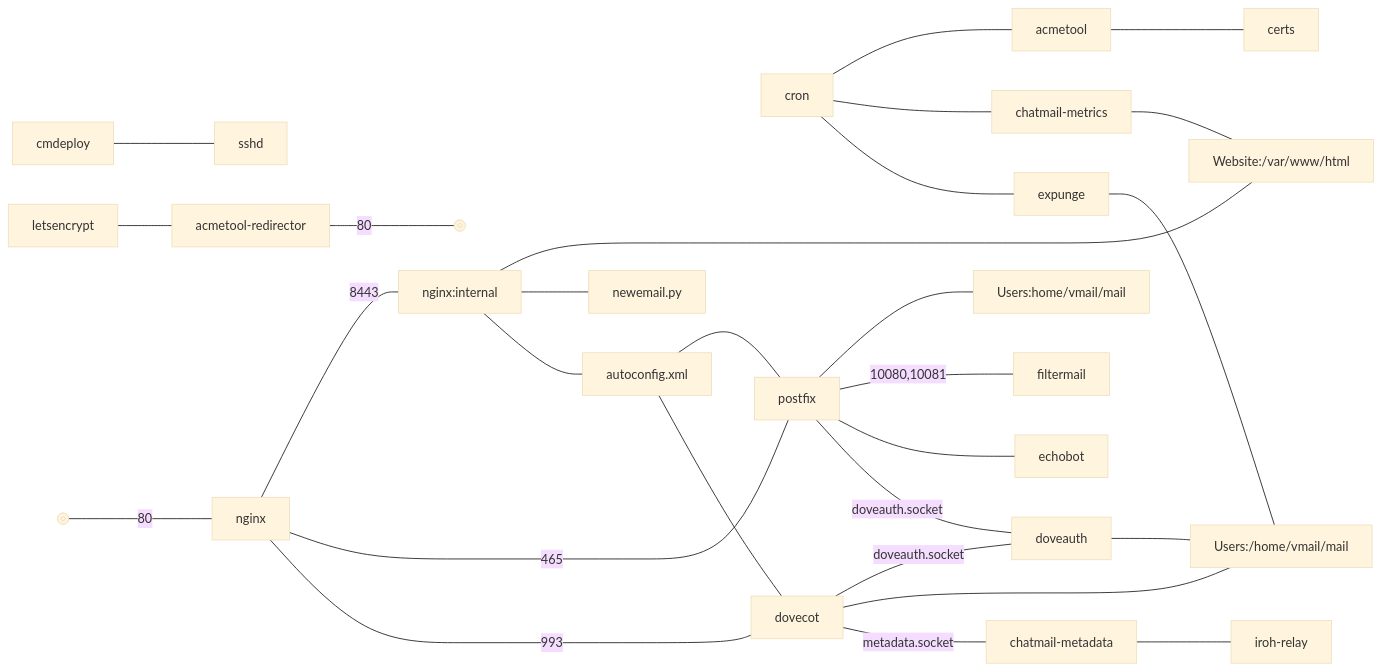
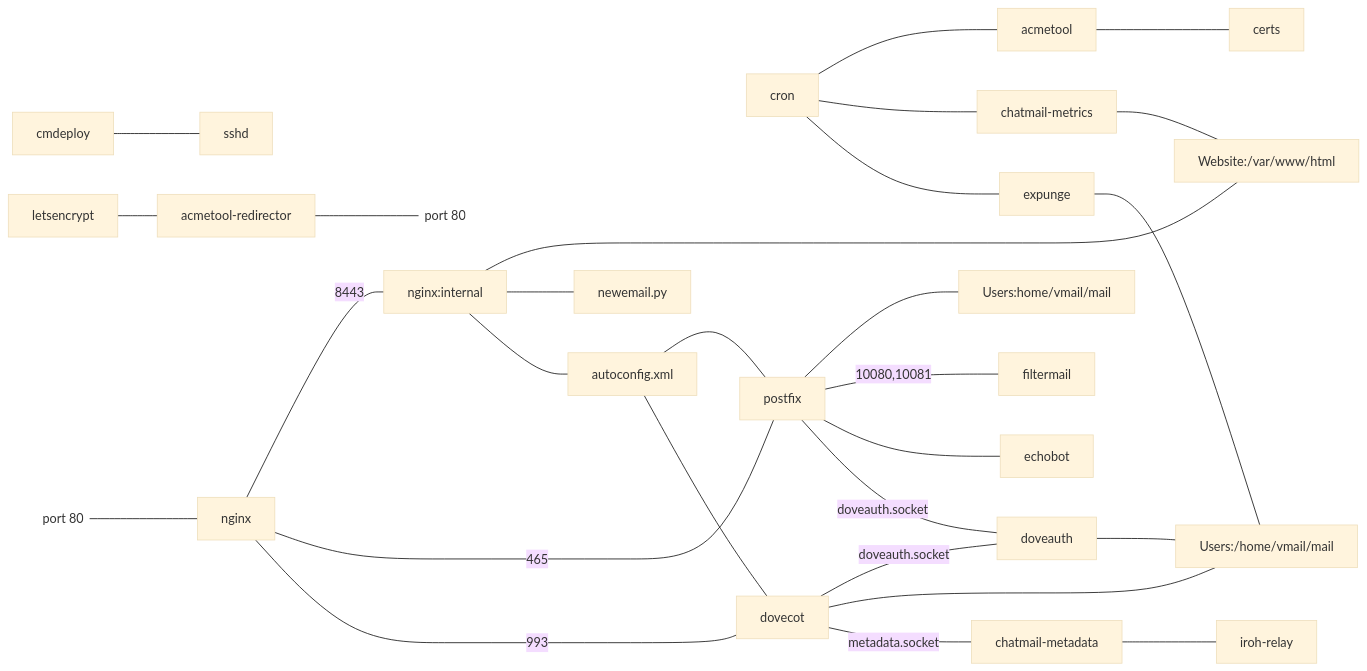
The diagram in ARCHITECTURE.md (cliffmccarthy/chatmail-relay), drawn with Mermaid (base theme) before and after one commit.

Commit message:
Try text

````diff
--- a/ARCHITECTURE.md
+++ b/ARCHITECTURE.md
@@ -4,30 +4,30 @@
 ```mermaid
 graph LR;
     cmdeploy --- sshd;
     letsencrypt --- acmetool-redirector;
-    acmetool-redirector --- |80|port80r@{ shape: framed-circle, label: "80" };
-    port80l@{ shape: framed-circle, label: "80" } --- |80|nginx;
+    acmetool-redirector --- port80r@{ shape: text, label: "port 80" };
+    port80l@{ shape: text, label: "port 80" } --- nginx;
     nginx --- |8443|nginx:internal;
     nginx:internal --- Website:/var/www/html;
     nginx:internal --- newemail.py;
     nginx:internal --- autoconfig.xml;
     cron --- acmetool;
     cron --- chatmail-metrics;
     cron --- expunge;
     chatmail-metrics --- Website:/var/www/html;
     acmetool --- certs;
     nginx --- |465|postfix;
     nginx --- |993|dovecot;
     autoconfig.xml --- postfix;
     autoconfig.xml --- dovecot;
     postfix --- Users:home/vmail/mail;
     postfix --- |10080,10081|filtermail;
     postfix --- echobot;
     postfix --- |doveauth.socket|doveauth;
     dovecot --- |doveauth.socket|doveauth;
     dovecot --- Users:/home/vmail/mail;
     dovecot --- |metadata.socket|chatmail-metadata;
     doveauth --- Users:/home/vmail/mail;
     expunge --- Users:/home/vmail/mail;
     chatmail-metadata --- iroh-relay;
 ```
````
